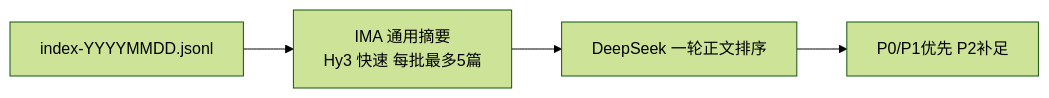
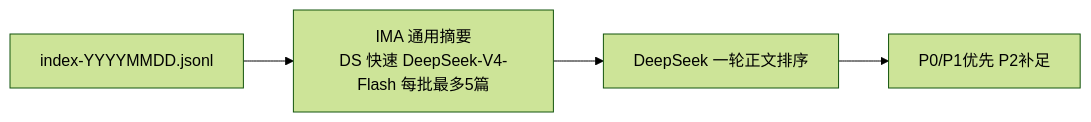
One commit to CheukYuen/investment-research-reports changed the diagram in README.md. Above: the diagram before and after it, drawn with Mermaid (forest theme). The commit also changed other lines of this file and 6 other files, not shown here.

````diff
--- a/README.md
+++ b/README.md
@@ -38,6 +38,6 @@
 ```mermaid
 flowchart LR
-  indexJsonl["index-YYYYMMDD.jsonl"] --> imaSummary["IMA 通用摘要<br/>Hy3 快速 每批最多5篇"]
+  indexJsonl["index-YYYYMMDD.jsonl"] --> imaSummary["IMA 通用摘要<br/>DS 快速 DeepSeek-V4-Flash 每批最多5篇"]
   imaSummary --> summaryRank["DeepSeek 一轮正文排序"]
   summaryRank --> queue["P0/P1优先 P2补足"]
 ```
````
